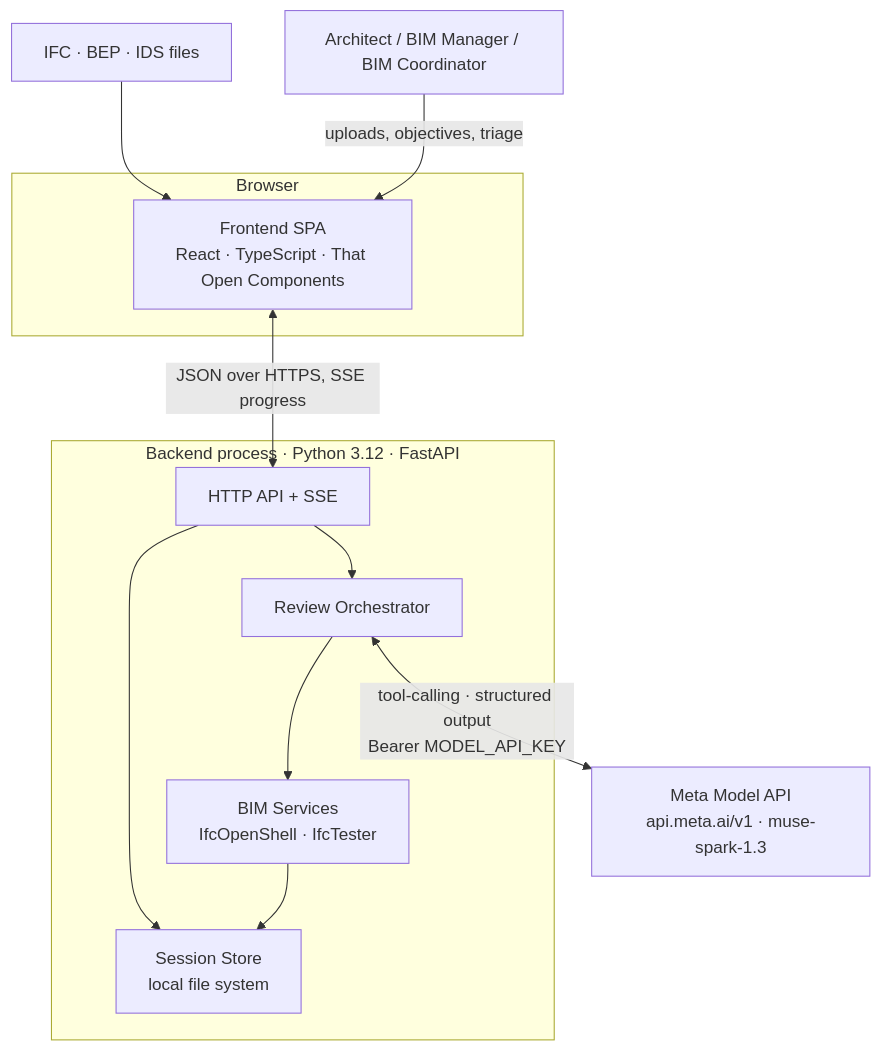
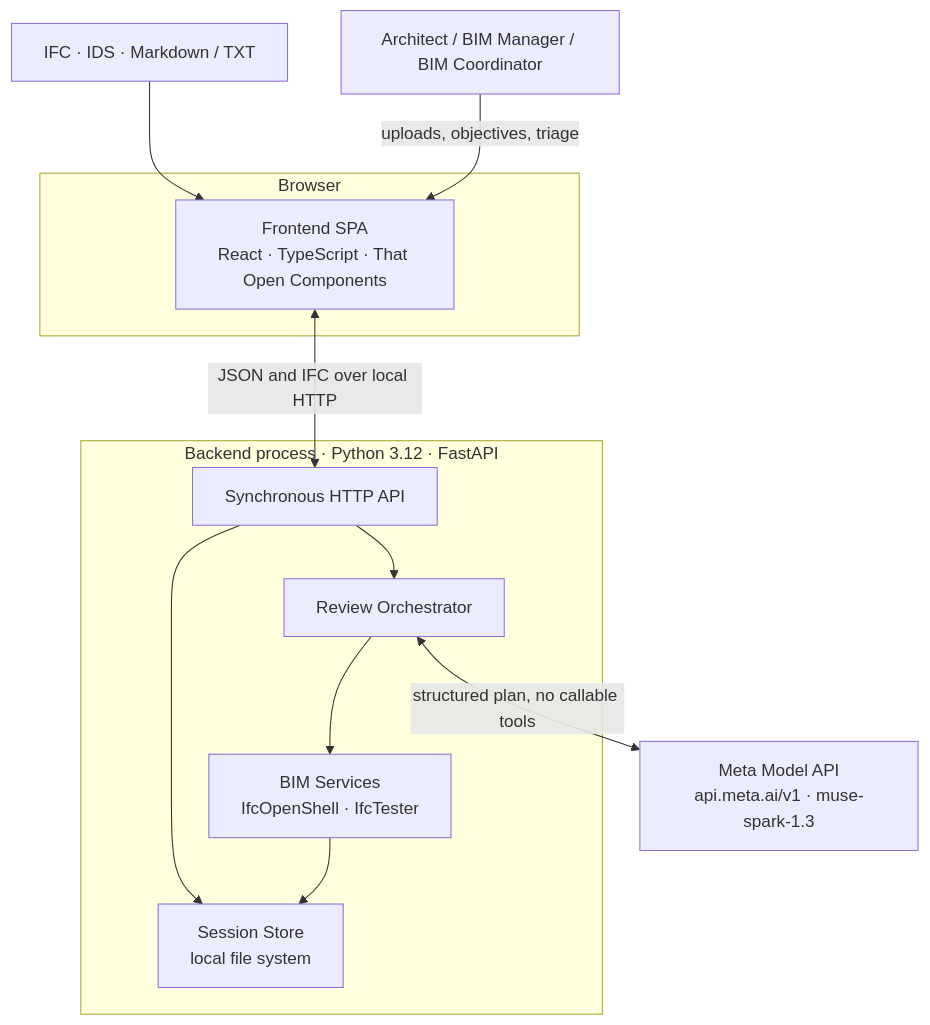
One commit to natnew/BIM-Intelligence changed the second of 10 diagrams in docs/ARCHITECTURE.md. Above: the diagram before and after it, drawn with Mermaid. The commit also changed other lines of this file and 12 other files, not shown here.

````diff
--- a/docs/ARCHITECTURE.md
+++ b/docs/ARCHITECTURE.md
@@ -116,24 +123,24 @@
 ```mermaid
 flowchart TB
     User["Architect / BIM Manager / BIM Coordinator"]
     subgraph Browser["Browser"]
         FE["Frontend SPA<br/>React · TypeScript · That Open Components"]
     end
     subgraph Backend["Backend process · Python 3.12 · FastAPI"]
-        API["HTTP API + SSE"]
+        API["Synchronous HTTP API"]
         ORCH["Review Orchestrator"]
         BIM["BIM Services<br/>IfcOpenShell · IfcTester"]
         STORE["Session Store<br/>local file system"]
     end
     LLM["Meta Model API<br/>api.meta.ai/v1 · muse-spark-1.3"]
-    Files["IFC · BEP · IDS files"]
+    Files["IFC · IDS · Markdown / TXT"]
 
     User -->|"uploads, objectives, triage"| FE
-    FE <-->|"JSON over HTTPS, SSE progress"| API
+    FE <-->|"JSON and IFC over local HTTP"| API
     Files --> FE
     API --> ORCH
     ORCH --> BIM
-    ORCH <-->|"tool-calling · structured output<br/>Bearer MODEL_API_KEY"| LLM
+    ORCH <-->|"structured plan, no callable tools"| LLM
     BIM --> STORE
     API --> STORE
 ```
````
